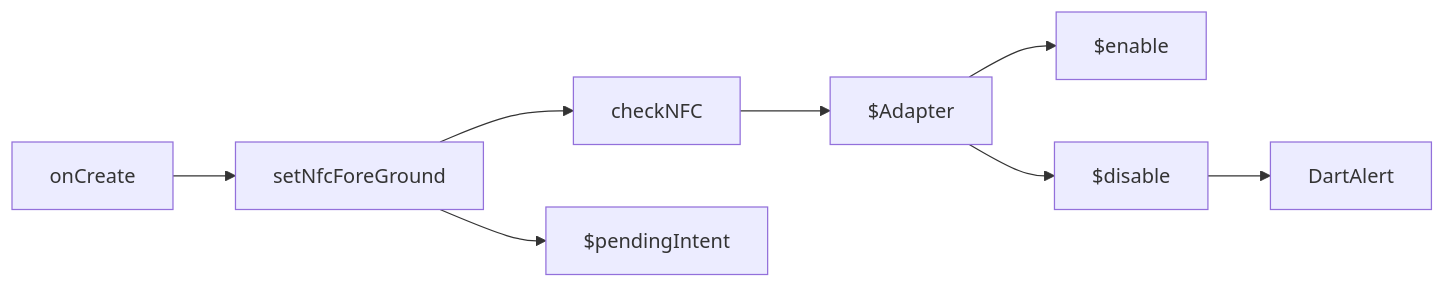
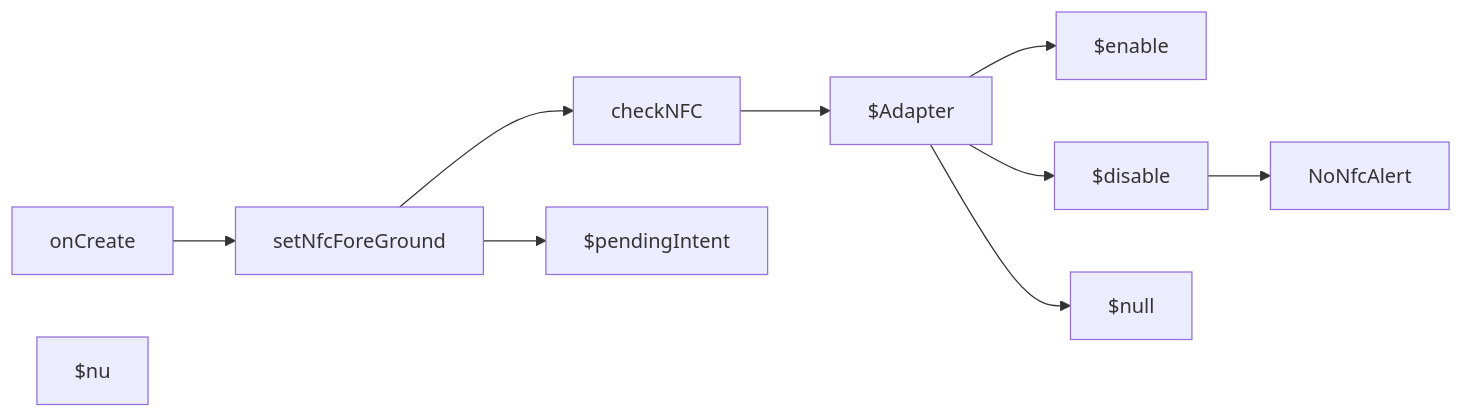
The diagram in nxp/MainActivity.md (gordianknotC/nxp_note), drawn with Mermaid before and after one commit. The commit also changed other lines of this file, not shown here.

Commit message:
nxp/MainActivity.md updated from https://stackedit.io/

````diff
--- a/nxp/MainActivity.md
+++ b/nxp/MainActivity.md
@@ -6,17 +6,18 @@
 ```mermaid
 graph LR
 	onCreate
 	setNfcForeGround
 	checkNFC
 
 
 	onCreate --> setNfcForeGround
 	setNfcForeGround --> checkNFC
 	setNfcForeGround --> $pendingIntent
 	checkNFC --> $Adapter
 	$Adapter --> $enable
 	$Adapter --> $disable
-	$disable --> DartAlert
-
+	$disable --> NoNfcAlert
+	$Adapter --> $null
+	$nu
 
 ```
````
